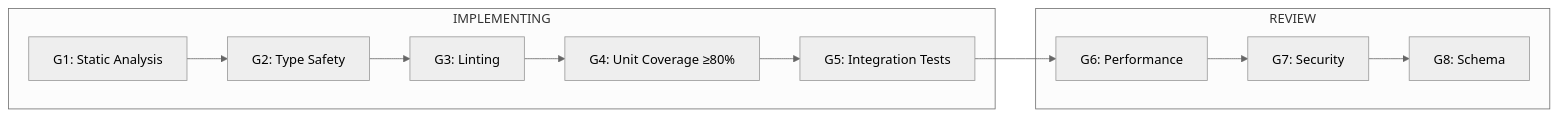
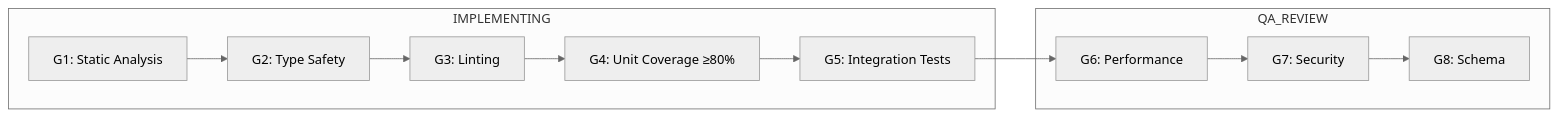
One commit to ReaperOAK/vibecoding changed the fourth of 5 diagrams in .github/ARCHITECTURE.md. Above: the diagram before and after it, drawn with Mermaid (neutral theme). The commit also changed other lines of this file and 24 other files, not shown here.

````diff
--- a/.github/ARCHITECTURE.md
+++ b/.github/ARCHITECTURE.md
@@ -957,11 +1266,11 @@
 ```mermaid
 graph LR
     subgraph IMPLEMENTING
         G1[G1: Static Analysis] --> G2[G2: Type Safety] --> G3[G3: Linting]
         G3 --> G4[G4: Unit Coverage ≥80%] --> G5[G5: Integration Tests]
     end
-    subgraph REVIEW
+    subgraph QA_REVIEW
         G6[G6: Performance] --> G7[G7: Security] --> G8[G8: Schema]
     end
     G5 --> G6
 ```
````
